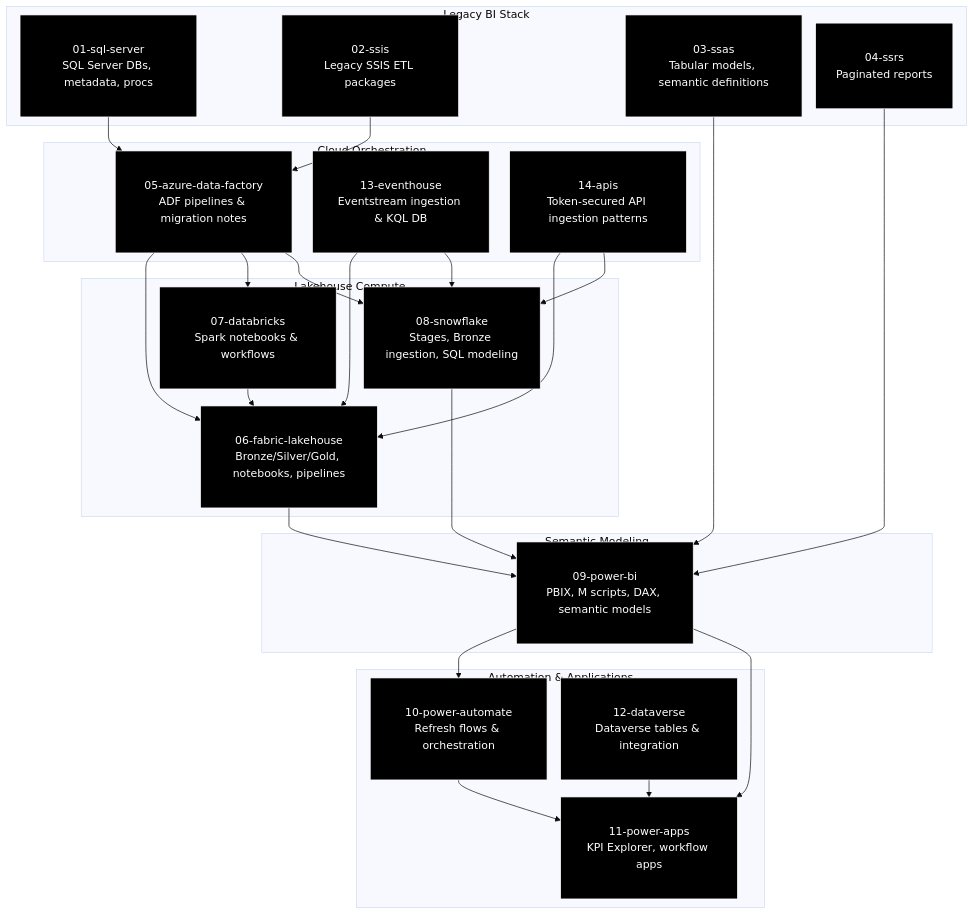
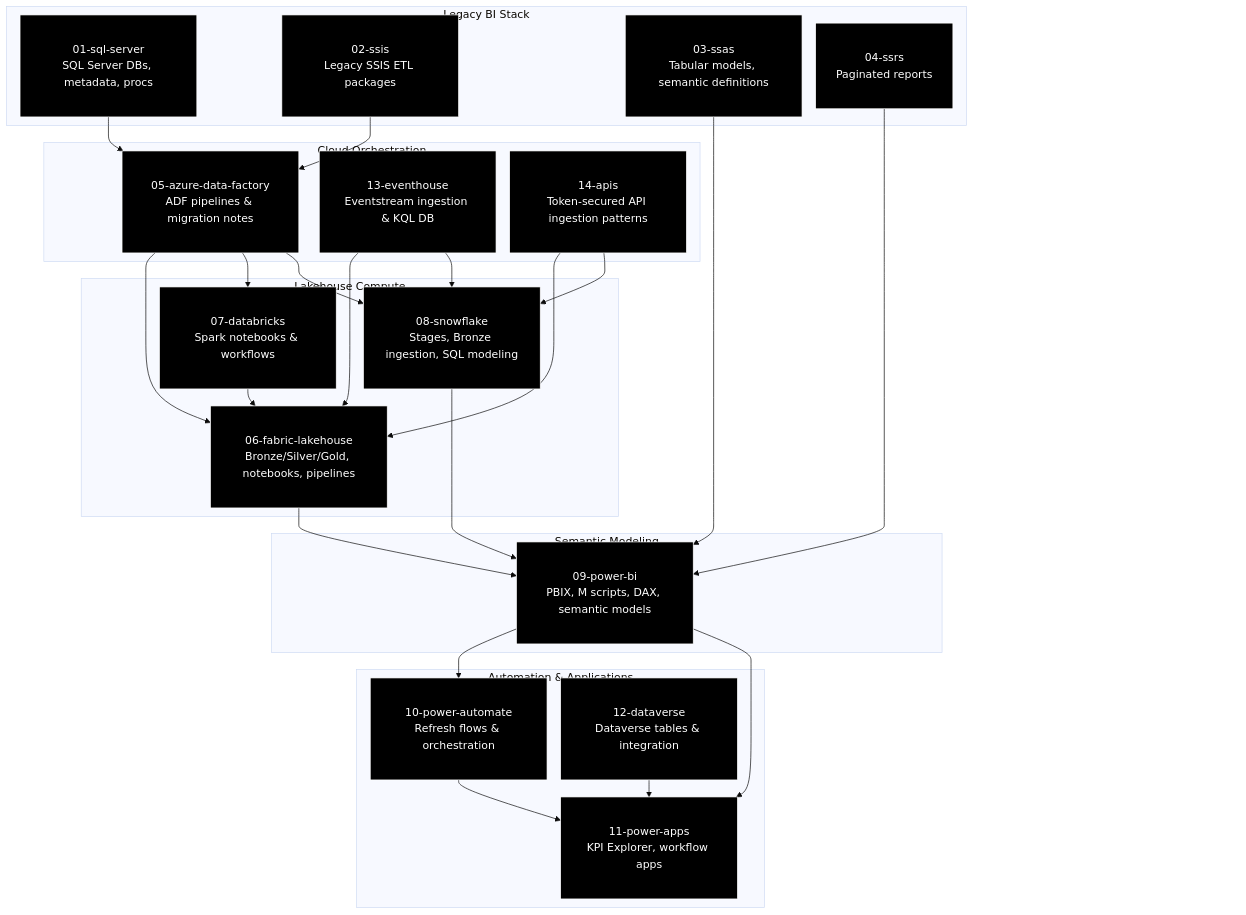
The diagram in docs/README.md (michaelraylloyd/gulf-to-bay-analytics-modernization), drawn with Mermaid (base theme) before and after one commit.

Commit message:
Expanded SQL Server modernization narrative; added GTB-aligned documentation and DBA toolkit headers

````diff
--- a/docs/README.md
+++ b/docs/README.md
@@ -573,66 +573,72 @@
 ```mermaid
 %%{init: {'flowchart': {'nodeSpacing': 20, 'rankSpacing': 25}}}%%
 
 flowchart TB
 
 classDef dark fill:#000000,stroke:#ffffff,stroke-width:1px,color:#ffffff,padding:10px;
+classDef spacer fill:#0000,stroke:#0000,color:#0000;
 
 %% L1 — Legacy BI Stack
+L1_PAD[" "]:::spacer
 subgraph L1[Legacy BI Stack]
     SQL[01-sql-server<br/>SQL Server DBs, metadata, procs]:::dark
     SSIS[02-ssis<br/>Legacy SSIS ETL packages]:::dark
     SSAS[03-ssas<br/>Tabular models, semantic definitions]:::dark
     SSRS[04-ssrs<br/>Paginated reports]:::dark
 end
 
 %% L2 — Cloud Orchestration
+L2_PAD[" "]:::spacer
 subgraph L2[Cloud Orchestration]
     ADF[05-azure-data-factory<br/>ADF pipelines & migration notes]:::dark
     EVENT[13-eventhouse<br/>Eventstream ingestion & KQL DB]:::dark
     APIS[14-apis<br/>Token-secured API ingestion patterns]:::dark
 end
 
 %% L3 — Lakehouse Compute
+L3_PAD[" "]:::spacer
 subgraph L3[Lakehouse Compute]
     FAB[06-fabric-lakehouse<br/>Bronze/Silver/Gold, notebooks, pipelines]:::dark
     DBX[07-databricks<br/>Spark notebooks & workflows]:::dark
     SNOW[08-snowflake<br/>Stages, Bronze ingestion, SQL modeling]:::dark
 end
 
 %% L4 — Semantic Modeling
+L4_PAD[" "]:::spacer
 subgraph L4[Semantic Modeling]
     PBI[09-power-bi<br/>PBIX, M scripts, DAX, semantic models]:::dark
 end
 
 %% L5 — Automation & Applications
+L5_PAD[" "]:::spacer
 subgraph L5[Automation & Applications]
     PA[10-power-automate<br/>Refresh flows & orchestration]:::dark
     APPS[11-power-apps<br/>KPI Explorer, workflow apps]:::dark
     DV[12-dataverse<br/>Dataverse tables & integration]:::dark
 end
 
 %% FLOWS
 SQL --> ADF
 SSIS --> ADF
 SSAS --> PBI
 SSRS --> PBI
 
 ADF --> FAB
 ADF --> DBX
 ADF --> SNOW
 
 EVENT --> FAB
 EVENT --> SNOW
 
 APIS --> FAB
 APIS --> SNOW
 
 FAB --> PBI
 DBX --> FAB
 SNOW --> PBI
 
 PBI --> PA
 PBI --> APPS
 DV --> APPS
 PA --> APPS
 ```
````
